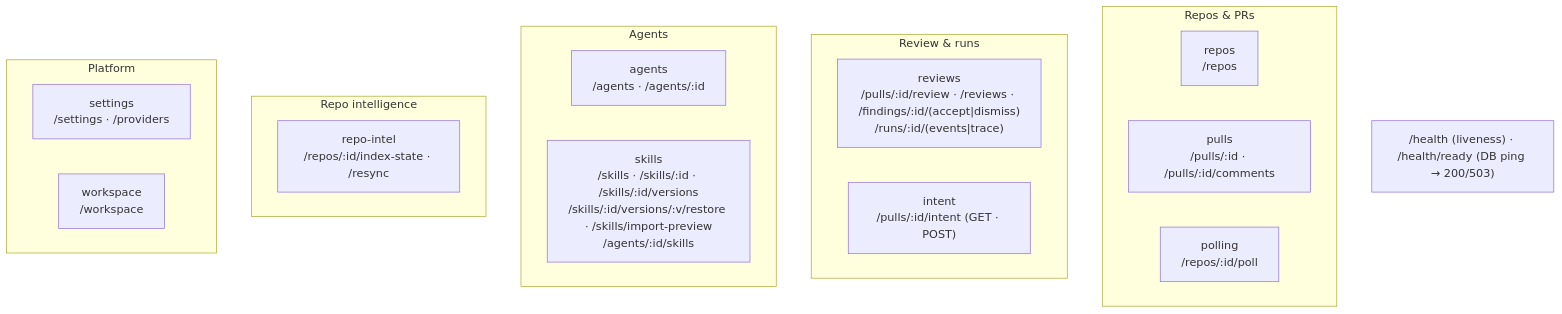
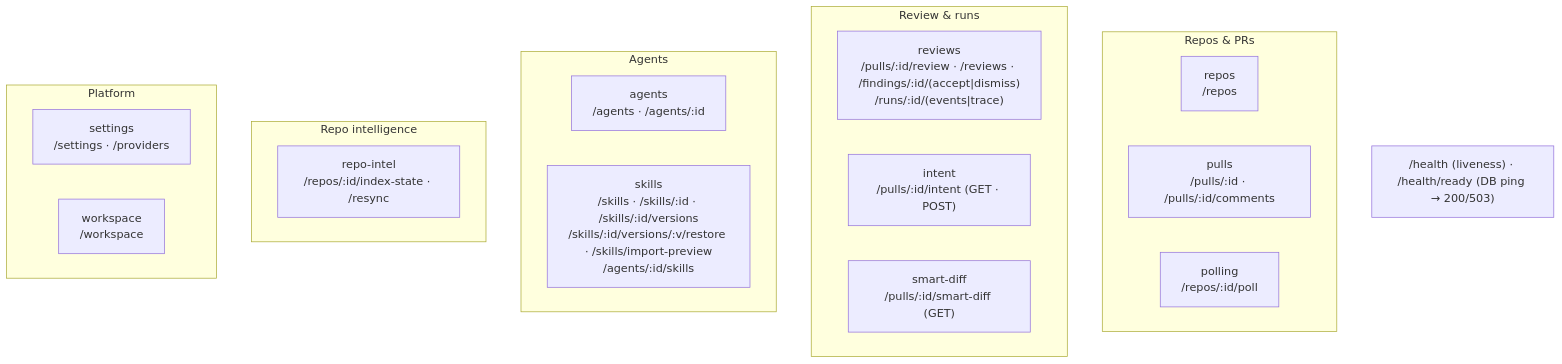
One commit to s-deer/dev-digest changed the second of 2 diagrams in server/README.md. Above: the diagram before and after it, drawn with Mermaid. The commit also changed 60 other files, not shown here.

Commit message:
smart-diff

````diff
--- a/server/README.md
+++ b/server/README.md
@@ -64,24 +64,25 @@
 ```mermaid
 flowchart TB
   subgraph Repos_PRs["Repos & PRs"]
     repos["repos<br/>/repos"]
     pulls["pulls<br/>/pulls/:id · /pulls/:id/comments"]
     polling["polling<br/>/repos/:id/poll"]
   end
   subgraph Review["Review & runs"]
     reviews["reviews<br/>/pulls/:id/review · /reviews · /findings/:id/(accept|dismiss)<br/>/runs/:id/(events|trace)"]
     intent["intent<br/>/pulls/:id/intent (GET · POST)"]
+    smartDiff["smart-diff<br/>/pulls/:id/smart-diff (GET)"]
   end
    subgraph Agents["Agents"]
     agents["agents<br/>/agents · /agents/:id"]
     skills["skills<br/>/skills · /skills/:id · /skills/:id/versions<br/>/skills/:id/versions/:v/restore · /skills/import-preview<br/>/agents/:id/skills"]
    end
   subgraph Intel["Repo intelligence"]
     repoIntel["repo-intel<br/>/repos/:id/index-state · /resync"]
   end
   subgraph Platform["Platform"]
     settings["settings<br/>/settings · /providers"]
     workspace["workspace<br/>/workspace"]
   end
   HEALTH["/health (liveness) · /health/ready (DB ping → 200/503)"]
 ```
````
